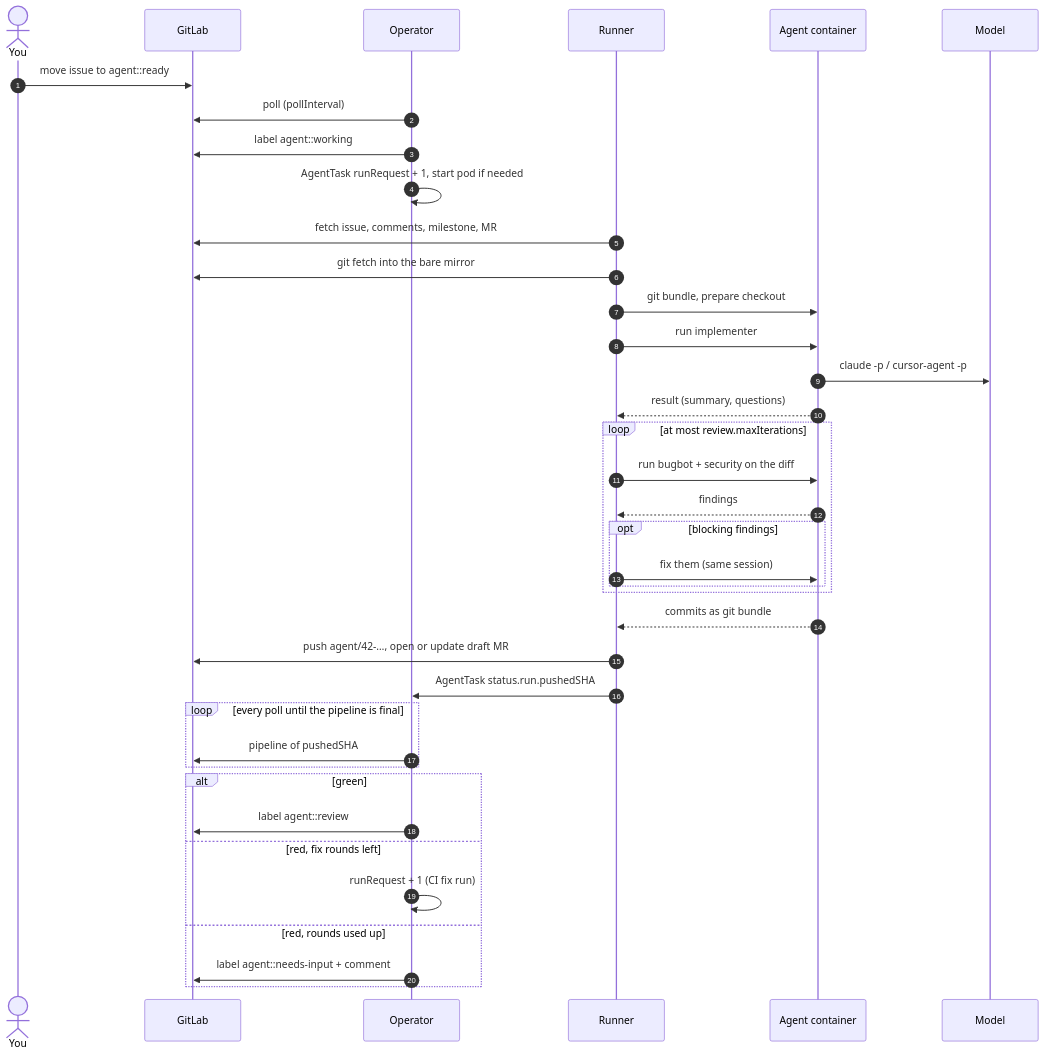
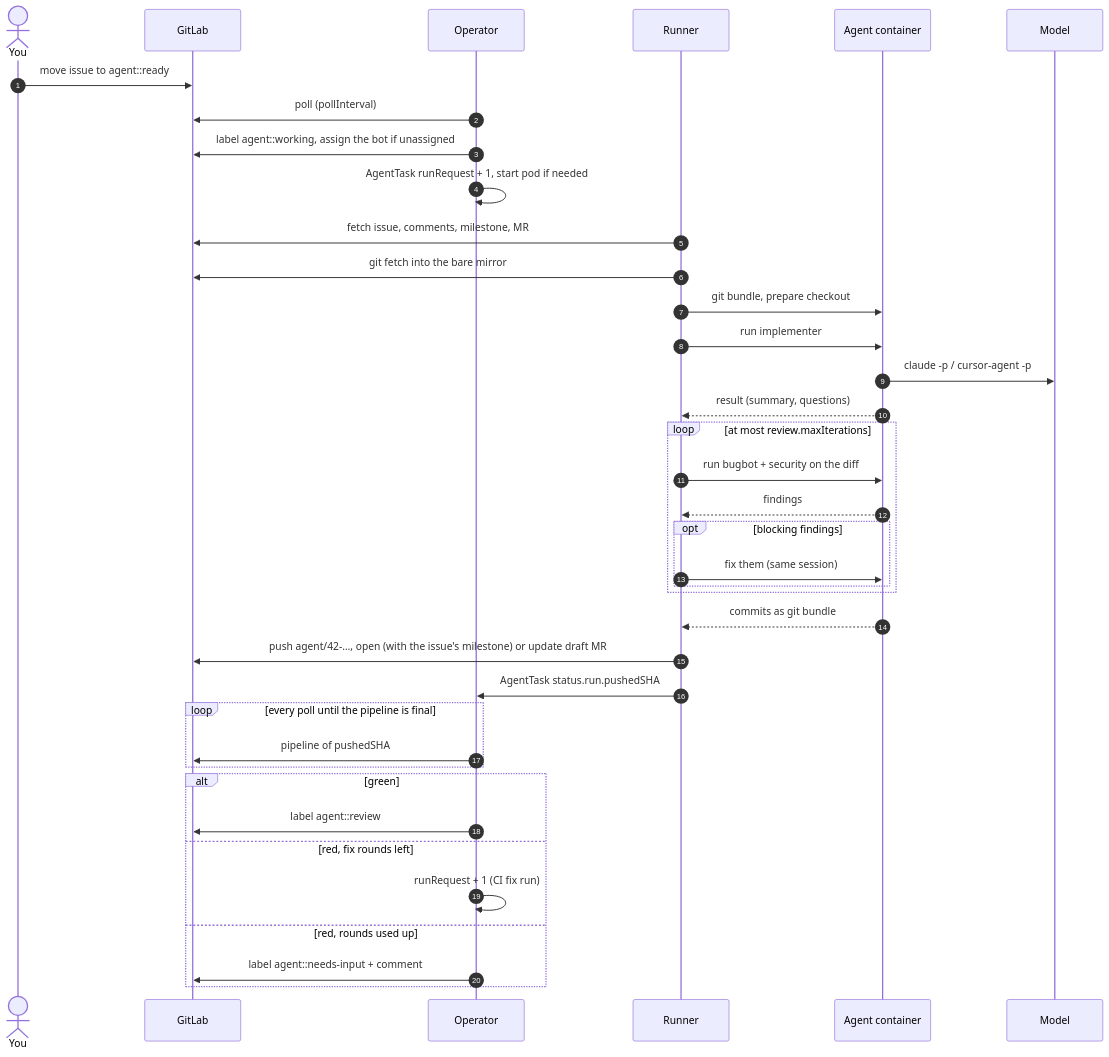
One commit to jonathanwiemers/ai-operator changed the third of 6 diagrams in docs/design.md. Above: the diagram before and after it, drawn with Mermaid. The commit also changed other lines of this file and 14 other files, not shown here.

First line of the commit message:
Assign the bot on pick-up and give agent MRs the issue's milestone (#13)

````diff
--- a/docs/design.md
+++ b/docs/design.md
@@ -94,41 +94,41 @@
 ```mermaid
 sequenceDiagram
     autonumber
     actor You
     participant GL as GitLab
     participant OP as Operator
     participant RU as Runner
     participant AG as Agent container
     participant LLM as Model
 
     You->>GL: move issue to agent::ready
     OP->>GL: poll (pollInterval)
-    OP->>GL: label agent::working
+    OP->>GL: label agent::working, assign the bot if unassigned
     OP->>OP: AgentTask runRequest + 1, start pod if needed
     RU->>GL: fetch issue, comments, milestone, MR
     RU->>GL: git fetch into the bare mirror
     RU->>AG: git bundle, prepare checkout
     RU->>AG: run implementer
     AG->>LLM: claude -p / cursor-agent -p
     AG-->>RU: result (summary, questions)
     loop at most review.maxIterations
         RU->>AG: run bugbot + security on the diff
         AG-->>RU: findings
         opt blocking findings
             RU->>AG: fix them (same session)
         end
     end
     AG-->>RU: commits as git bundle
-    RU->>GL: push agent/42-…, open or update draft MR
+    RU->>GL: push agent/42-…, open (with the issue's milestone) or update draft MR
     RU->>OP: AgentTask status.run.pushedSHA
     loop every poll until the pipeline is final
         OP->>GL: pipeline of pushedSHA
     end
     alt green
         OP->>GL: label agent::review
     else red, fix rounds left
         OP->>OP: runRequest + 1 (CI fix run)
     else red, rounds used up
         OP->>GL: label agent::needs-input + comment
     end
 ```
````
